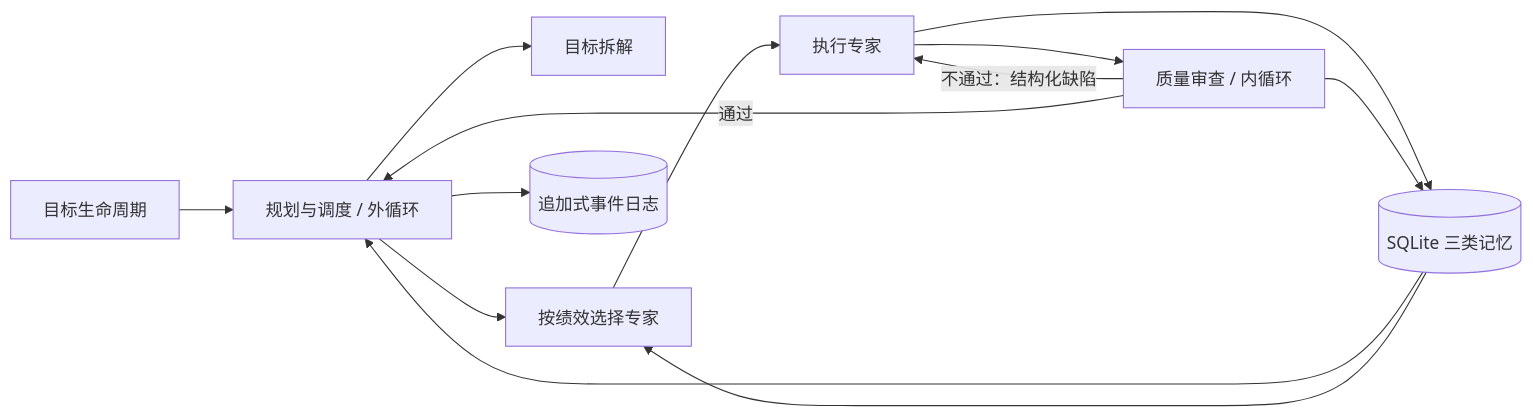
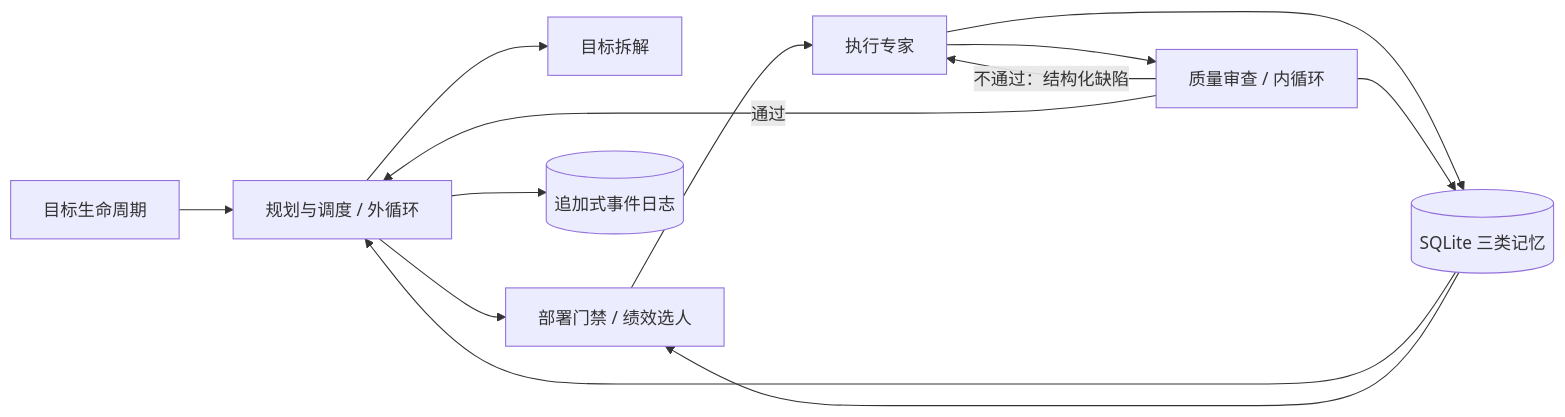
Before and after one commit to woshishadowhunter/agent-society-loop: the diagram in README.zh-CN.md, drawn with Mermaid. The commit also changed other lines of this file and 20 other files, not shown here.

````diff
--- a/README.zh-CN.md
+++ b/README.zh-CN.md
@@ -48,15 +48,15 @@
 ```mermaid
 flowchart LR
     G[目标生命周期] --> O[规划与调度 / 外循环]
     O --> P[目标拆解]
-    O --> S[按绩效选择专家]
+    O --> S[部署门禁 / 绩效选人]
     S --> W[执行专家]
     W --> R[质量审查 / 内循环]
     R -->|不通过：结构化缺陷| W
     R -->|通过| O
     M[(SQLite 三类记忆)] --> O
     M --> S
     W --> M
     R --> M
     O --> E[(追加式事件日志)]
 ```
````
